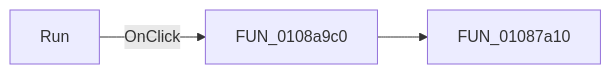
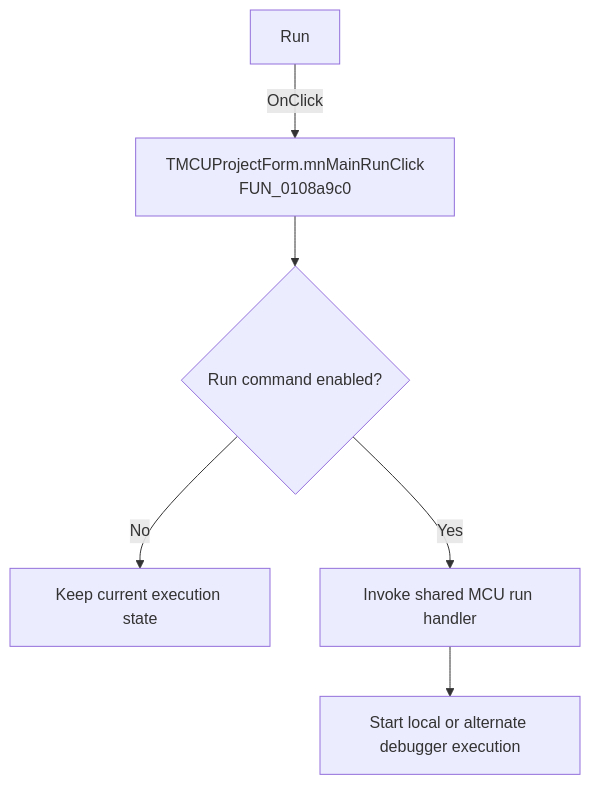
The diagram in docs/ui-controls/mcuprojectform/mnmainrun-be2fcd071b.md (MovGP0/TIARA), drawn with Mermaid before and after one commit. The commit also changed other lines of this file and 1062 other files, not shown here.

````diff
--- a/docs/ui-controls/mcuprojectform/mnmainrun-be2fcd071b.md
+++ b/docs/ui-controls/mcuprojectform/mnmainrun-be2fcd071b.md
@@ -27,5 +27,8 @@
 ```mermaid
-flowchart LR
-    control["Run"] -->|OnClick| handler["FUN_0108a9c0"]
-    handler --> call1["FUN_01087a10"]
+flowchart TD
+    control["Run"] -->|OnClick| handler["TMCUProjectForm.mnMainRunClick<br/>FUN_0108a9c0"]
+    handler --> guard{"Run command enabled?"}
+    guard -->|No| noOp["Keep current execution state"]
+    guard -->|Yes| run["Invoke shared MCU run handler"]
+    run --> mode["Start local or alternate debugger execution"]
 ```
````
